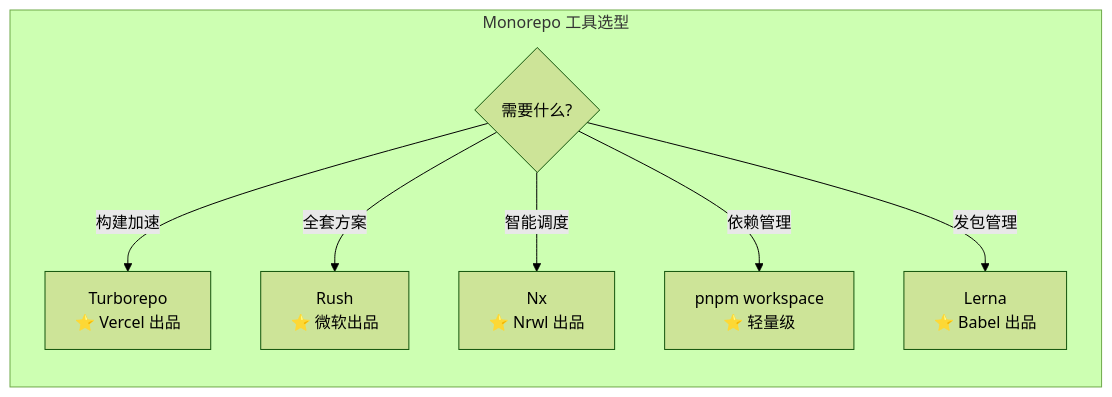
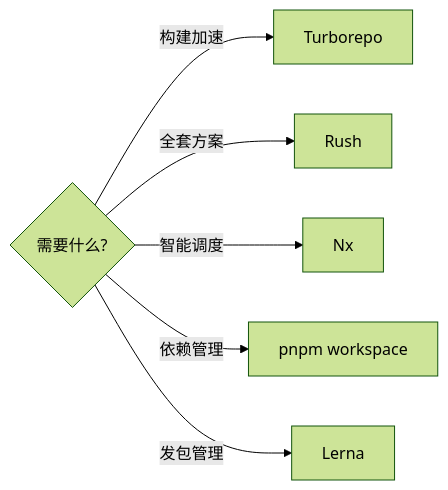
One commit to wb04307201/wb04307201 changed the second of 2 diagrams in note/05.tools/05-monorepo/README.md. Above: the diagram before and after it, drawn with Mermaid (forest theme). The commit also changed other lines of this file and 5 other files, not shown here.

````diff
--- a/note/05.tools/05-monorepo/README.md
+++ b/note/05.tools/05-monorepo/README.md
@@ -235,11 +103,9 @@
 ```mermaid
 graph LR
-    subgraph 选型决策["Monorepo 工具选型"]
-        Need{"需要什么?"}
-        Need -->|"构建加速"| Turbo["Turborepo<br/>⭐ Vercel 出品"]
-        Need -->|"全套方案"| Rush["Rush<br/>⭐ 微软出品"]
-        Need -->|"智能调度"| Nx["Nx<br/>⭐ Nrwl 出品"]
-        Need -->|"依赖管理"| Pnpm["pnpm workspace<br/>⭐ 轻量级"]
-        Need -->|"发包管理"| Lerna["Lerna<br/>⭐ Babel 出品"]
-    end
+    Need{"需要什么?"}
+    Need -->|"构建加速"| Turbo["Turborepo"]
+    Need -->|"全套方案"| Rush["Rush"]
+    Need -->|"智能调度"| Nx["Nx"]
+    Need -->|"依赖管理"| Pnpm["pnpm workspace"]
+    Need -->|"发包管理"| Lerna["Lerna"]
 ```
````
